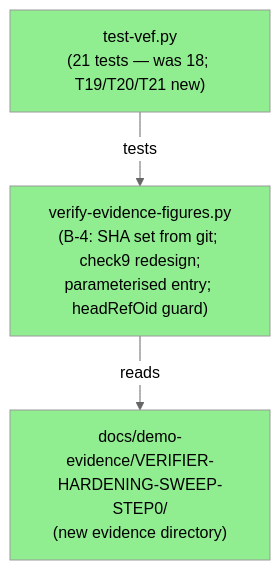
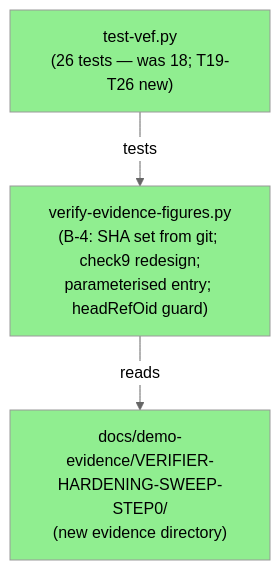
The first of 3 diagrams in code-delivery/VERIFIER-HARDENING-SWEEP-STEP0/pr-description.md (BOHICA-LABS/mdlinkcheck-cloud), drawn with Mermaid (neutral theme) before and after one commit. The commit also changed other lines of this file, not shown here.

````diff
--- a/code-delivery/VERIFIER-HARDENING-SWEEP-STEP0/pr-description.md
+++ b/code-delivery/VERIFIER-HARDENING-SWEEP-STEP0/pr-description.md
@@ -27,13 +23,13 @@
 ```mermaid
 graph TD
     VEF["verify-evidence-figures.py<br/>(B-4: SHA set from git; check9 redesign;<br/>parameterised entry; headRefOid guard)"]
-    TVEF["test-vef.py<br/>(21 tests — was 18; T19/T20/T21 new)"]
+    TVEF["test-vef.py<br/>(26 tests — was 18; T19-T26 new)"]
     EV["docs/demo-evidence/VERIFIER-HARDENING-SWEEP-STEP0/<br/>(new evidence directory)"]
 
     TVEF -->|"tests"| VEF
     VEF -->|"reads"| EV
 
     style VEF fill:#90EE90
     style TVEF fill:#90EE90
     style EV fill:#90EE90
 ```
````
